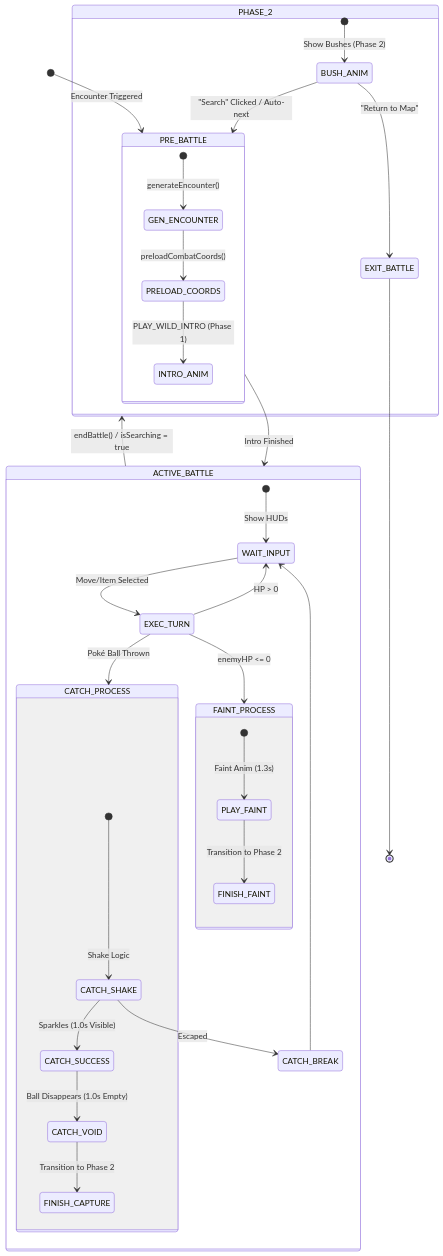
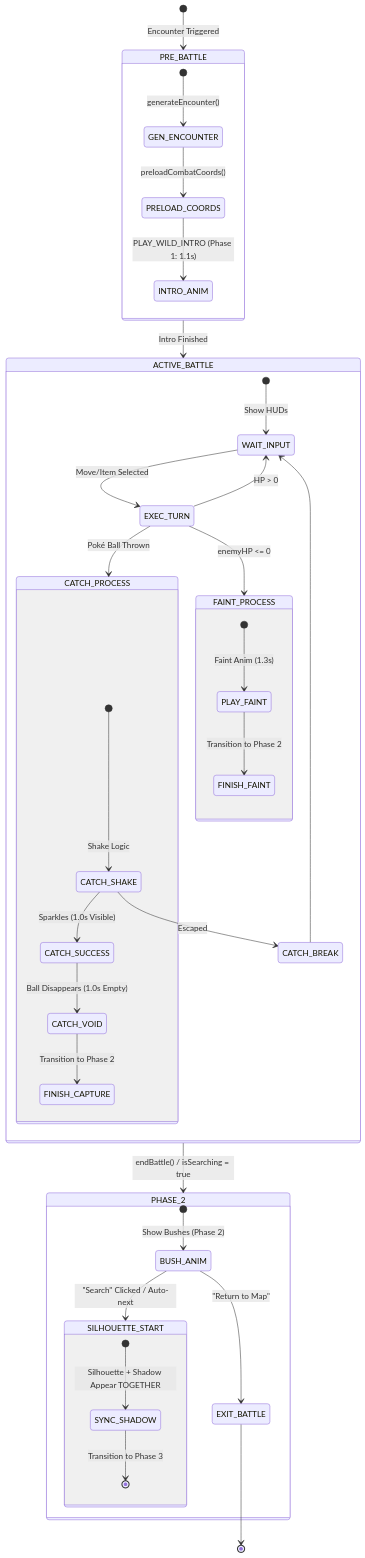
The diagram in .agents/skills/project-standards/references/battle_mechanics_manual.md (Darkham77/PokeBorrador), drawn with Mermaid before and after one commit. The commit also changed other lines of this file and 60 other files, not shown here.

````diff
--- a/.agents/skills/project-standards/references/battle_mechanics_manual.md
+++ b/.agents/skills/project-standards/references/battle_mechanics_manual.md
@@ -175,45 +177,51 @@
 ```mermaid
 stateDiagram-v2
     [*] --> PRE_BATTLE: Encounter Triggered
     
     state PRE_BATTLE {
         [*] --> GEN_ENCOUNTER: generateEncounter()
         GEN_ENCOUNTER --> PRELOAD_COORDS: preloadCombatCoords()
-        PRELOAD_COORDS --> INTRO_ANIM: PLAY_WILD_INTRO (Phase 1)
+        PRELOAD_COORDS --> INTRO_ANIM: PLAY_WILD_INTRO (Phase 1: 1.1s)
     }
     
     PRE_BATTLE --> ACTIVE_BATTLE: Intro Finished
     
     state ACTIVE_BATTLE {
         [*] --> WAIT_INPUT: Show HUDs
         WAIT_INPUT --> EXEC_TURN: Move/Item Selected
         EXEC_TURN --> WAIT_INPUT: HP > 0
         EXEC_TURN --> CATCH_PROCESS: Poké Ball Thrown
         
         state CATCH_PROCESS {
             [*] --> CATCH_SHAKE: Shake Logic
             CATCH_SHAKE --> CATCH_BREAK: Escaped
             CATCH_SHAKE --> CATCH_SUCCESS: Sparkles (1.0s Visible)
             CATCH_SUCCESS --> CATCH_VOID: Ball Disappears (1.0s Empty)
             CATCH_VOID --> FINISH_CAPTURE: Transition to Phase 2
         }
         
         CATCH_BREAK --> WAIT_INPUT
         EXEC_TURN --> FAINT_PROCESS: enemyHP <= 0
         
         state FAINT_PROCESS {
             [*] --> PLAY_FAINT: Faint Anim (1.3s)
             PLAY_FAINT --> FINISH_FAINT: Transition to Phase 2
         }
     }
     
     ACTIVE_BATTLE --> PHASE_2: endBattle() / isSearching = true
     
     state PHASE_2 {
         [*] --> BUSH_ANIM: Show Bushes (Phase 2)
-        BUSH_ANIM --> PRE_BATTLE: "Search" Clicked / Auto-next
+        BUSH_ANIM --> SILHOUETTE_START: "Search" Clicked / Auto-next
+        
+        state SILHOUETTE_START {
+            [*] --> SYNC_SHADOW: Silhouette + Shadow Appear TOGETHER
+            SYNC_SHADOW --> [*]: Transition to Phase 3
+        }
+        
         BUSH_ANIM --> EXIT_BATTLE: "Return to Map"
     }
     
     EXIT_BATTLE --> [*]
 ```
````
